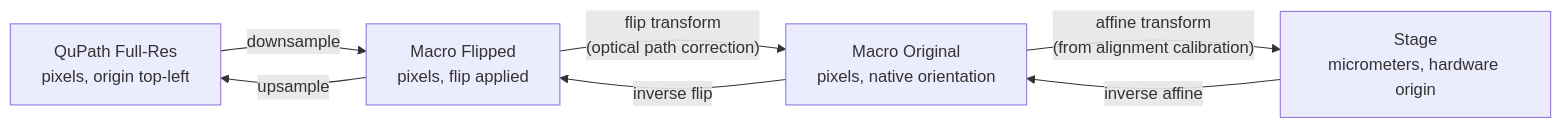
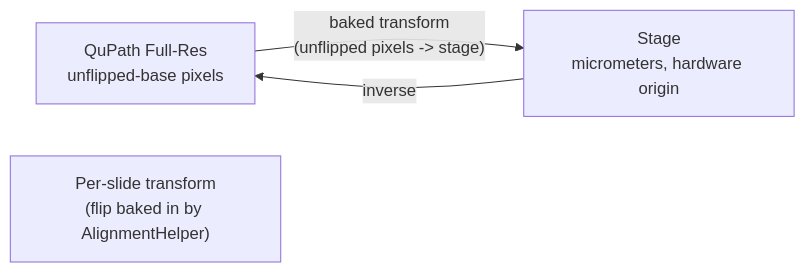
The first of 4 diagrams in documentation/developer/COORDINATE_TRANSFORMS.md (uw-loci/qupath-extension-qpsc), drawn with Mermaid before and after one commit. The commit also changed other lines of this file and 3 other files, not shown here.

````diff
--- a/documentation/developer/COORDINATE_TRANSFORMS.md
+++ b/documentation/developer/COORDINATE_TRANSFORMS.md
@@ -15,15 +15,9 @@
 ```mermaid
 graph LR
-    QP["QuPath Full-Res<br/>pixels, origin top-left"]
-    MF["Macro Flipped<br/>pixels, flip applied"]
-    MO["Macro Original<br/>pixels, native orientation"]
+    QP["QuPath Full-Res<br/>unflipped-base pixels"]
+    BAKED["Per-slide transform<br/>(flip baked in by AlignmentHelper)"]
     ST["Stage<br/>micrometers, hardware origin"]
 
-    QP -->|"downsample"| MF
-    MF -->|"flip transform<br/>(optical path correction)"| MO
-    MO -->|"affine transform<br/>(from alignment calibration)"| ST
-
-    ST -->|"inverse affine"| MO
-    MO -->|"inverse flip"| MF
-    MF -->|"upsample"| QP
+    QP -->|"baked transform<br/>(unflipped pixels -> stage)"| ST
+    ST -->|"inverse"| QP
 ```
````
